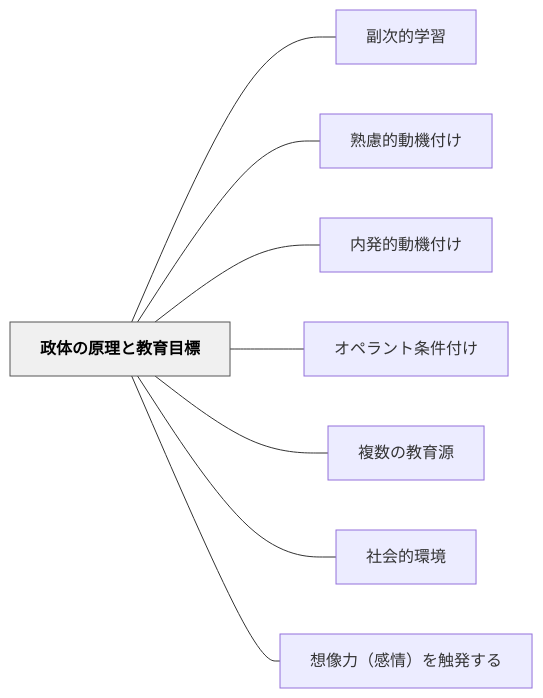
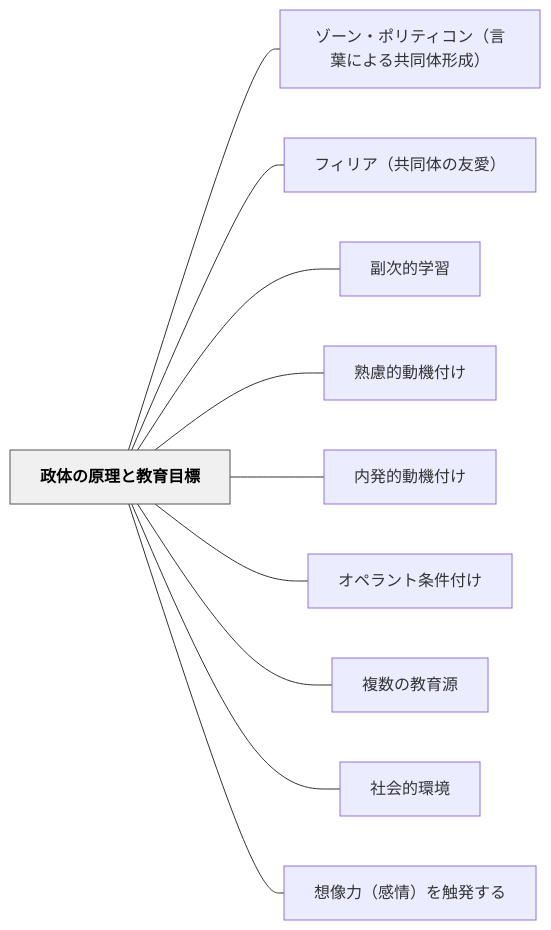
The diagram in content/パタン/政体の原理と教育目標.md (unknownthings-ed-patterns/unknownthings-ed-patterns), drawn with Mermaid before and after one commit. The commit also changed other lines of this file and 19 other files, not shown here.

````diff
--- a/content/パタン/政体の原理と教育目標.md
+++ b/content/パタン/政体の原理と教育目標.md
@@ -95,22 +120,26 @@
 ```mermaid
 flowchart LR
     ne694bfe4bd93e381aee58e9fe79086e381a8e69599e882b2e79baee6a899["政体の原理と教育目標"]
+    ne382bee383bce383b3e383bbe3839de383aae38386e382a3e382b3e383b3efbc88e8a880e89189e381abe38288e3828be585b1e5908ce4bd93e5bda2e68890efbc89["ゾーン・ポリティコン（言葉による共同体形成）"]
+    ne38395e382a3e383aae382a2efbc88e585b1e5908ce4bd93e381aee58f8be6849befbc89["フィリア（共同体の友愛）"]
     ne589afe6aca1e79a84e5ada6e7bf92["副次的学習"]
     ne7869fe685aee79a84e58b95e6a99fe4bb98e38191["熟慮的動機付け"]
     ne58685e799bae79a84e58b95e6a99fe4bb98e38191["内発的動機付け"]
     ne382aae3839ae383a9e383b3e38388e69da1e4bbb6e4bb98e38191["オペラント条件付け"]
     ne8a487e695b0e381aee69599e882b2e6ba90["複数の教育源"]
     ne7a4bee4bc9ae79a84e792b0e5a283["社会的環境"]
     ne683b3e5838fe58a9befbc88e6849fe68385efbc89e38292e8a7a6e799bae38199e3828b["想像力（感情）を触発する"]
 
+    ne694bfe4bd93e381aee58e9fe79086e381a8e69599e882b2e79baee6a899 --- ne382bee383bce383b3e383bbe3839de383aae38386e382a3e382b3e383b3efbc88e8a880e89189e381abe38288e3828be585b1e5908ce4bd93e5bda2e68890efbc89
+    ne694bfe4bd93e381aee58e9fe79086e381a8e69599e882b2e79baee6a899 --- ne38395e382a3e383aae382a2efbc88e585b1e5908ce4bd93e381aee58f8be6849befbc89
     ne694bfe4bd93e381aee58e9fe79086e381a8e69599e882b2e79baee6a899 --- ne589afe6aca1e79a84e5ada6e7bf92
     ne694bfe4bd93e381aee58e9fe79086e381a8e69599e882b2e79baee6a899 --- ne7869fe685aee79a84e58b95e6a99fe4bb98e38191
     ne694bfe4bd93e381aee58e9fe79086e381a8e69599e882b2e79baee6a899 --- ne58685e799bae79a84e58b95e6a99fe4bb98e38191
     ne694bfe4bd93e381aee58e9fe79086e381a8e69599e882b2e79baee6a899 --- ne382aae3839ae383a9e383b3e38388e69da1e4bbb6e4bb98e38191
     ne694bfe4bd93e381aee58e9fe79086e381a8e69599e882b2e79baee6a899 --- ne8a487e695b0e381aee69599e882b2e6ba90
     ne694bfe4bd93e381aee58e9fe79086e381a8e69599e882b2e79baee6a899 --- ne7a4bee4bc9ae79a84e792b0e5a283
     ne694bfe4bd93e381aee58e9fe79086e381a8e69599e882b2e79baee6a899 --- ne683b3e5838fe58a9befbc88e6849fe68385efbc89e38292e8a7a6e799bae38199e3828b
 
     classDef hub fill:#f0f0f0,stroke:#555,color:#000,font-weight:bold
     class ne694bfe4bd93e381aee58e9fe79086e381a8e69599e882b2e79baee6a899 hub
 ```
````
